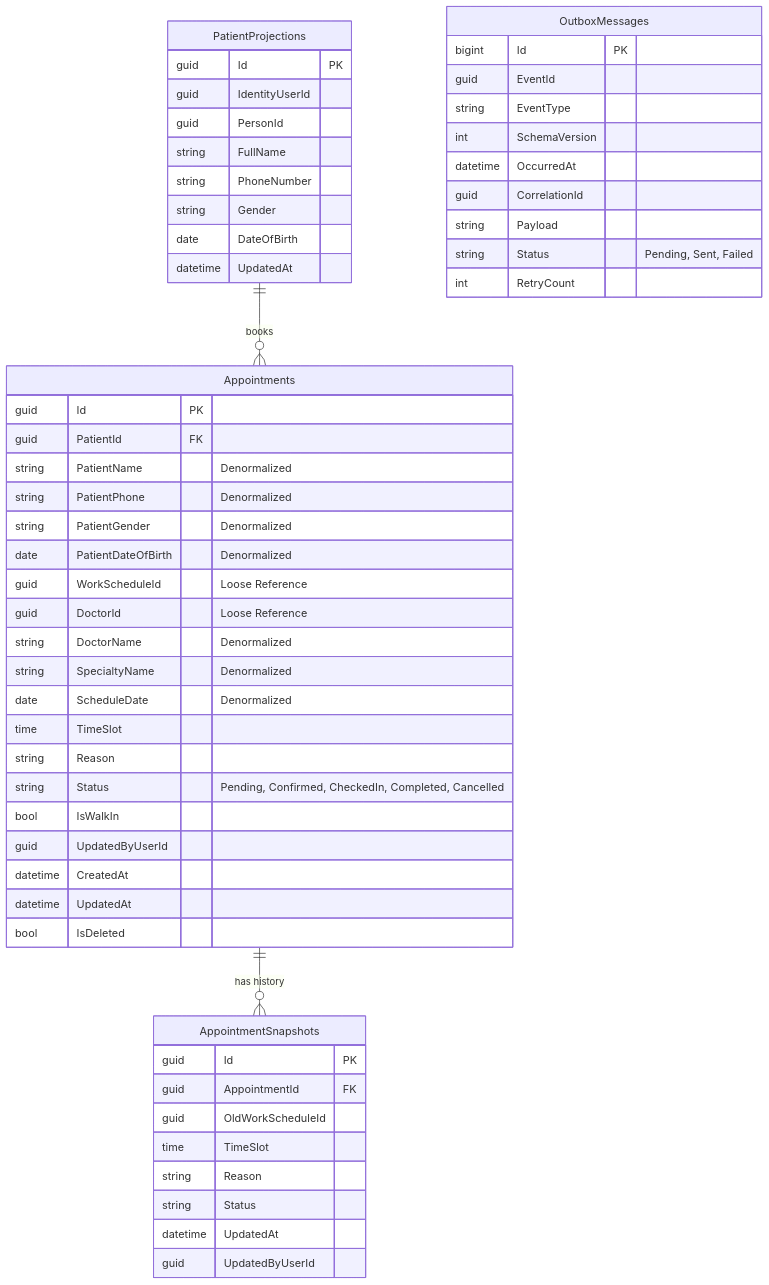
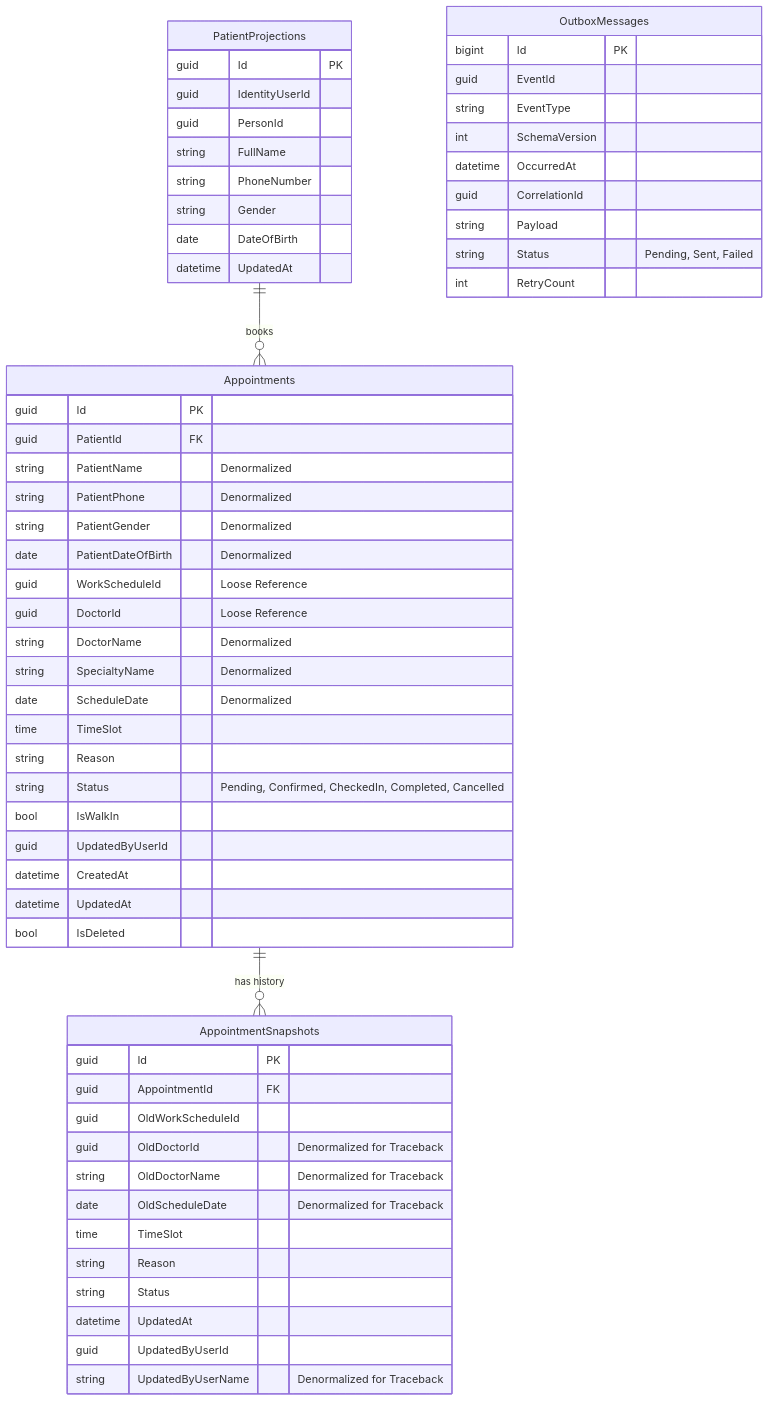
The second of 6 diagrams in tasks/PHASE_3_APPOINTMENT_SERVICE_EXECUTION_PLAN_MEMBER_A.md (Cuong190105/Clinic_Appointment_Booking_Queue_Management_System), drawn with Mermaid before and after one commit. The commit also changed other lines of this file and 3 other files, not shown here.

````diff
--- a/tasks/PHASE_3_APPOINTMENT_SERVICE_EXECUTION_PLAN_MEMBER_A.md
+++ b/tasks/PHASE_3_APPOINTMENT_SERVICE_EXECUTION_PLAN_MEMBER_A.md
@@ -156,61 +114,65 @@
 ```mermaid
 erDiagram
     Appointments ||--o{ AppointmentSnapshots : "has history"
     PatientProjections ||--o{ Appointments : "books"
 
     Appointments {
         guid Id PK
         guid PatientId FK
         string PatientName "Denormalized"
         string PatientPhone "Denormalized"
         string PatientGender "Denormalized"
         date PatientDateOfBirth "Denormalized"
         guid WorkScheduleId "Loose Reference"
         guid DoctorId "Loose Reference"
         string DoctorName "Denormalized"
         string SpecialtyName "Denormalized"
         date ScheduleDate "Denormalized"
         time TimeSlot
         string Reason
         string Status "Pending, Confirmed, CheckedIn, Completed, Cancelled"
         bool IsWalkIn
         guid UpdatedByUserId
         datetime CreatedAt
         datetime UpdatedAt
         bool IsDeleted
     }
 
     AppointmentSnapshots {
         guid Id PK
         guid AppointmentId FK
         guid OldWorkScheduleId
+        guid OldDoctorId "Denormalized for Traceback"
+        string OldDoctorName "Denormalized for Traceback"
+        date OldScheduleDate "Denormalized for Traceback"
         time TimeSlot
         string Reason
         string Status
         datetime UpdatedAt
         guid UpdatedByUserId
+        string UpdatedByUserName "Denormalized for Traceback"
     }
 
     PatientProjections {
         guid Id PK
         guid IdentityUserId
         guid PersonId
         string FullName
         string PhoneNumber
         string Gender
         date DateOfBirth
         datetime UpdatedAt
     }
 
     OutboxMessages {
         bigint Id PK
         guid EventId
         string EventType
         int SchemaVersion
         datetime OccurredAt
         guid CorrelationId
         string Payload
         string Status "Pending, Sent, Failed"
         int RetryCount
     }
 ```
````
